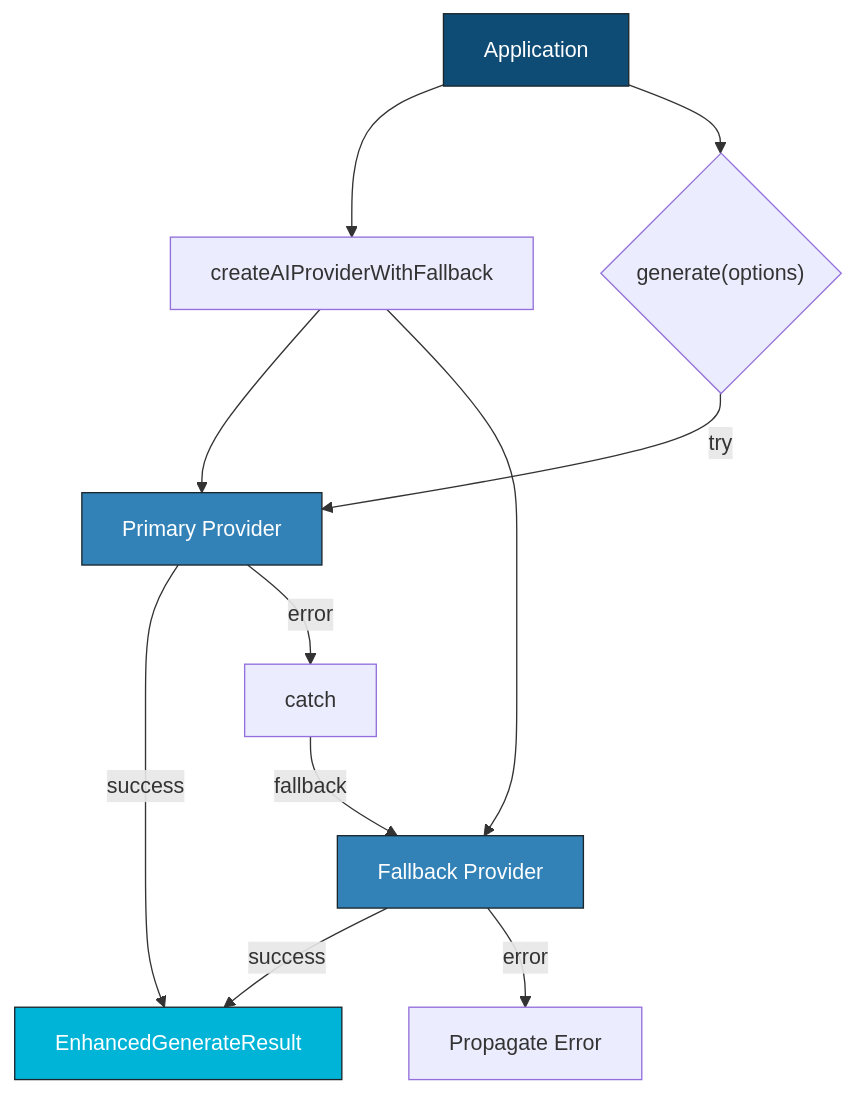
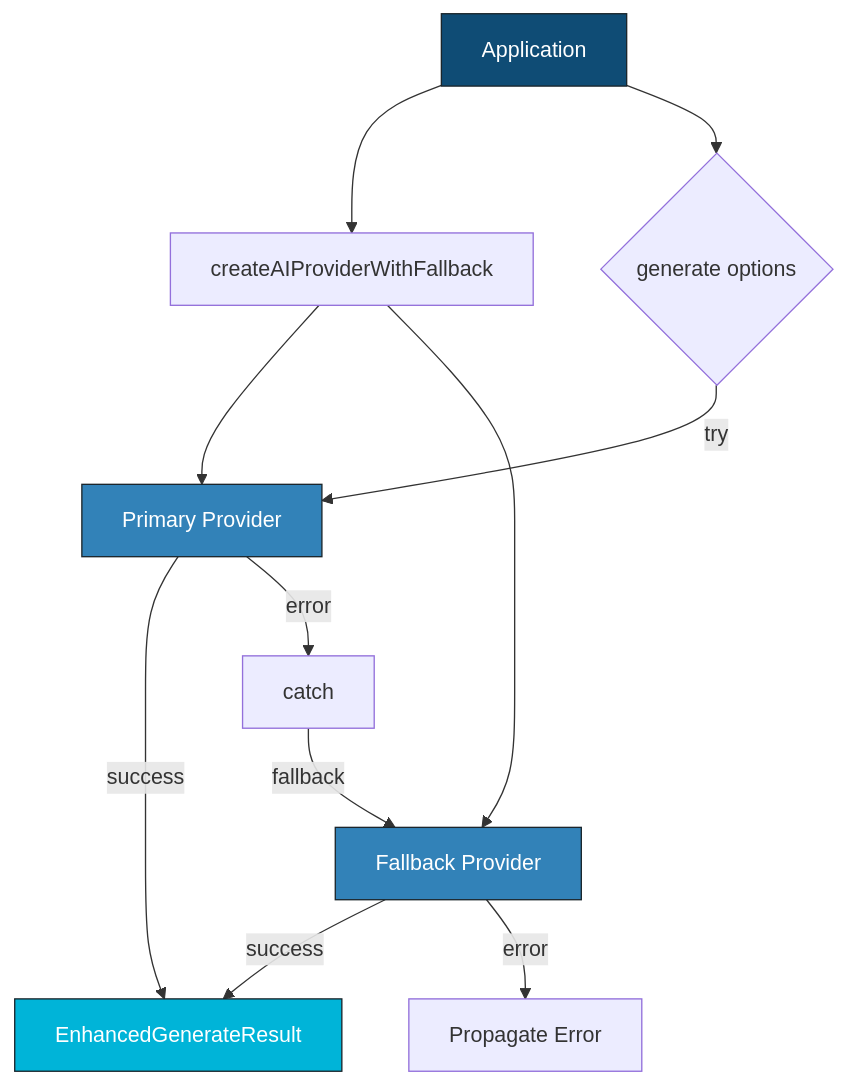
Before and after one commit to juspay/neurolink-blog: the first of 3 diagrams in _posts/2026-01-03-how-we-built-multi-provider-failover.md, drawn with Mermaid. The commit also changed other lines of this file and 172 other files, not shown here.

````diff
--- a/_posts/2026-01-03-how-we-built-multi-provider-failover.md
+++ b/_posts/2026-01-03-how-we-built-multi-provider-failover.md
@@ -164,17 +184,17 @@
 ```mermaid
 flowchart TD
     A["Application"] --> B["createAIProviderWithFallback"]
     B --> C["Primary Provider"]
     B --> D["Fallback Provider"]
-    A --> E{"generate(options)"}
+    A --> E{"generate options"}
     E -->|"try"| C
     C -->|"success"| F["EnhancedGenerateResult"]
     C -->|"error"| G["catch"]
     G -->|"fallback"| D
     D -->|"success"| F
     D -->|"error"| H["Propagate Error"]
     style A fill:#0f4c75,stroke:#1b262c,color:#fff
     style F fill:#00b4d8,stroke:#1b262c,color:#fff
     style C fill:#3282b8,stroke:#1b262c,color:#fff
     style D fill:#3282b8,stroke:#1b262c,color:#fff
 ```
````
